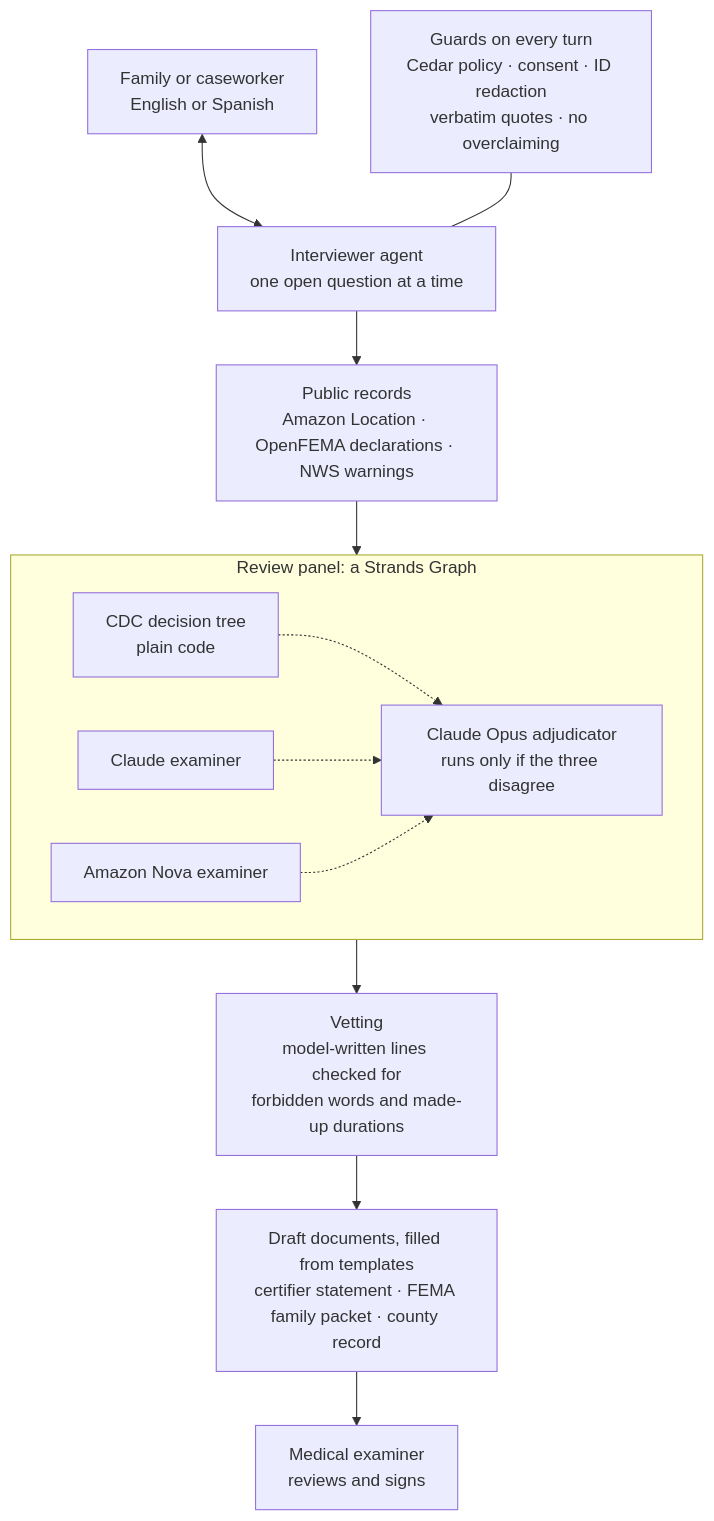
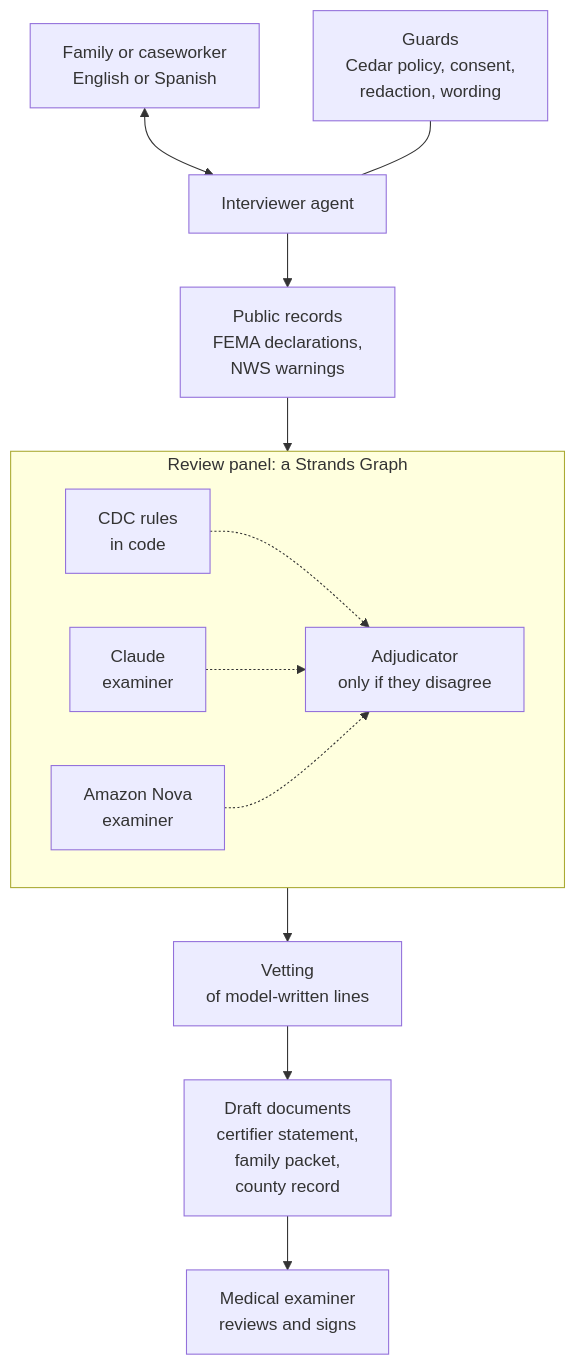
Before and after one commit to usv240/counted: the first of 2 diagrams in README.md, drawn with Mermaid. The commit also changed other lines of this file, not shown here.

Commit message:
﻿README: simpler diagrams (shorter labels; deployment drawn as shared vs per-deployment services)

````diff
--- a/README.md
+++ b/README.md
@@ -44,27 +44,27 @@
 ```mermaid
 flowchart TD
     family["Family or caseworker<br/>English or Spanish"]
-    interviewer["Interviewer agent<br/>one open question at a time"]
-    guards["Guards on every turn<br/>Cedar policy · consent · ID redaction<br/>verbatim quotes · no overclaiming"]
-    records["Public records<br/>Amazon Location · OpenFEMA declarations · NWS warnings"]
+    interviewer["Interviewer agent"]
+    guards["Guards<br/>Cedar policy, consent,<br/>redaction, wording"]
+    records["Public records<br/>FEMA declarations,<br/>NWS warnings"]
     subgraph panel["Review panel: a Strands Graph"]
-        rules["CDC decision tree<br/>plain code"]
-        claude["Claude examiner"]
-        nova["Amazon Nova examiner"]
-        chair["Claude Opus adjudicator<br/>runs only if the three disagree"]
+        rules["CDC rules<br/>in code"]
+        claude["Claude<br/>examiner"]
+        nova["Amazon Nova<br/>examiner"]
+        chair["Adjudicator<br/>only if they disagree"]
         rules -.-> chair
         claude -.-> chair
         nova -.-> chair
     end
-    vetting["Vetting<br/>model-written lines checked for<br/>forbidden words and made-up durations"]
-    documents["Draft documents, filled from templates<br/>certifier statement · FEMA family packet · county record"]
+    vetting["Vetting<br/>of model-written lines"]
+    documents["Draft documents<br/>certifier statement,<br/>family packet,<br/>county record"]
     signer["Medical examiner<br/>reviews and signs"]
 
     family <--> interviewer
     guards --- interviewer
     interviewer --> records
     records --> panel
     panel --> vetting
     vetting --> documents
     documents --> signer
 ```
````
